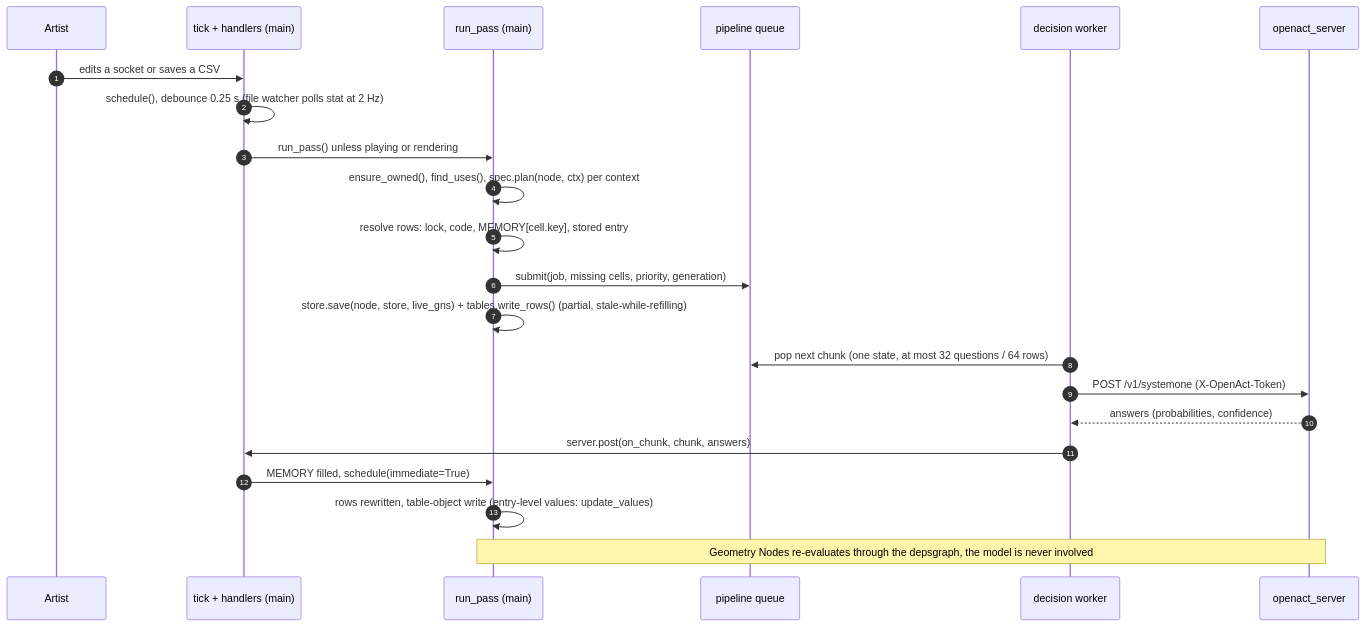
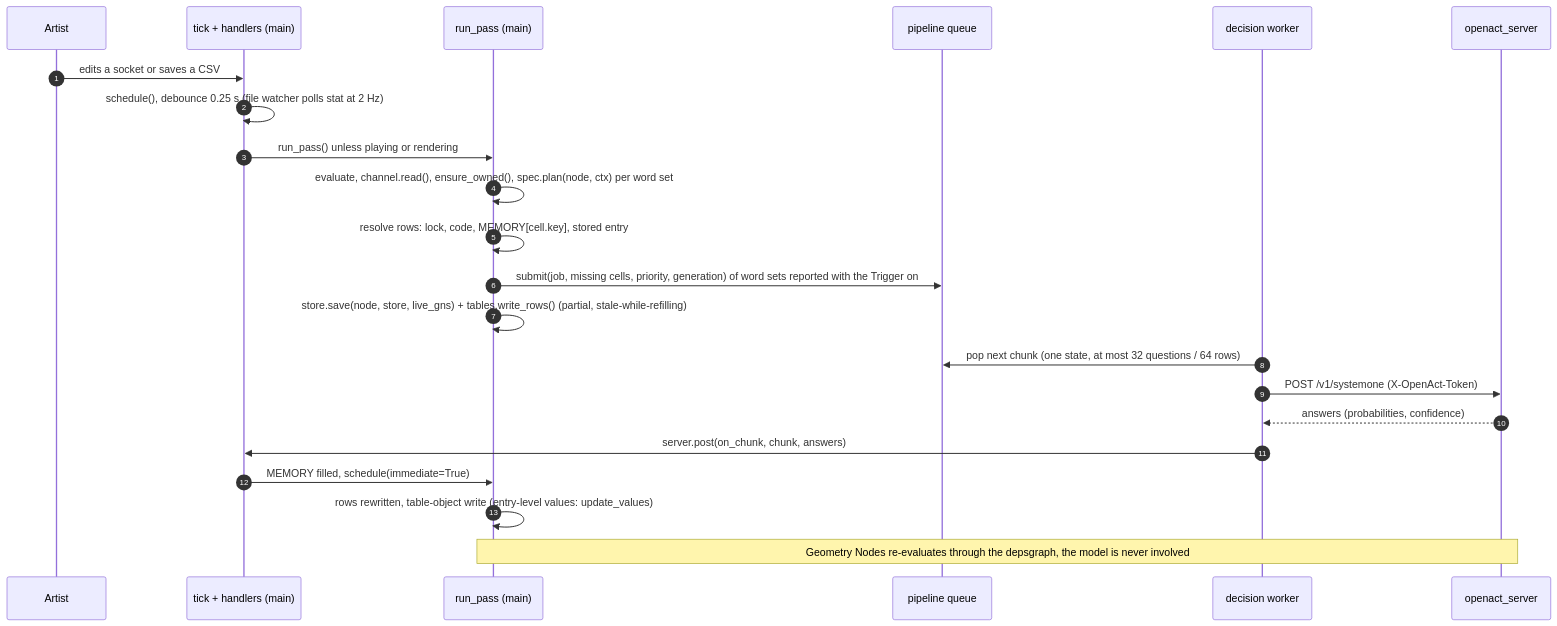
Before and after one commit to nicolaiprodromov/openact: the third of 8 diagrams in docs/DESIGN.md, drawn with Mermaid. The commit also changed other lines of this file and 20 other files, not shown here.

````diff
--- a/docs/DESIGN.md
+++ b/docs/DESIGN.md
@@ -671,24 +673,24 @@
 ```mermaid
 sequenceDiagram
   autonumber
   participant A as Artist
   participant T as tick + handlers (main)
   participant P as run_pass (main)
   participant Q as pipeline queue
   participant W as decision worker
   participant S as openact_server
   A->>T: edits a socket or saves a CSV
   T->>T: schedule(), debounce 0.25 s (file watcher polls stat at 2 Hz)
   T->>P: run_pass() unless playing or rendering
-  P->>P: ensure_owned(), find_uses(), spec.plan(node, ctx) per context
+  P->>P: evaluate, channel.read(), ensure_owned(), spec.plan(node, ctx) per word set
   P->>P: resolve rows: lock, code, MEMORY[cell.key], stored entry
-  P->>Q: submit(job, missing cells, priority, generation)
+  P->>Q: submit(job, missing cells, priority, generation) of word sets reported with the Trigger on
   P->>P: store.save(node, store, live_gns) + tables.write_rows() (partial, stale-while-refilling)
   W->>Q: pop next chunk (one state, at most 32 questions / 64 rows)
   W->>S: POST /v1/systemone (X-OpenAct-Token)
   S-->>W: answers (probabilities, confidence)
   W->>T: server.post(on_chunk, chunk, answers)
   T->>P: MEMORY filled, schedule(immediate=True)
   P->>P: rows rewritten, table-object write (entry-level values: update_values)
   Note over P,S: Geometry Nodes re-evaluates through the depsgraph, the model is never involved
 ```
````
